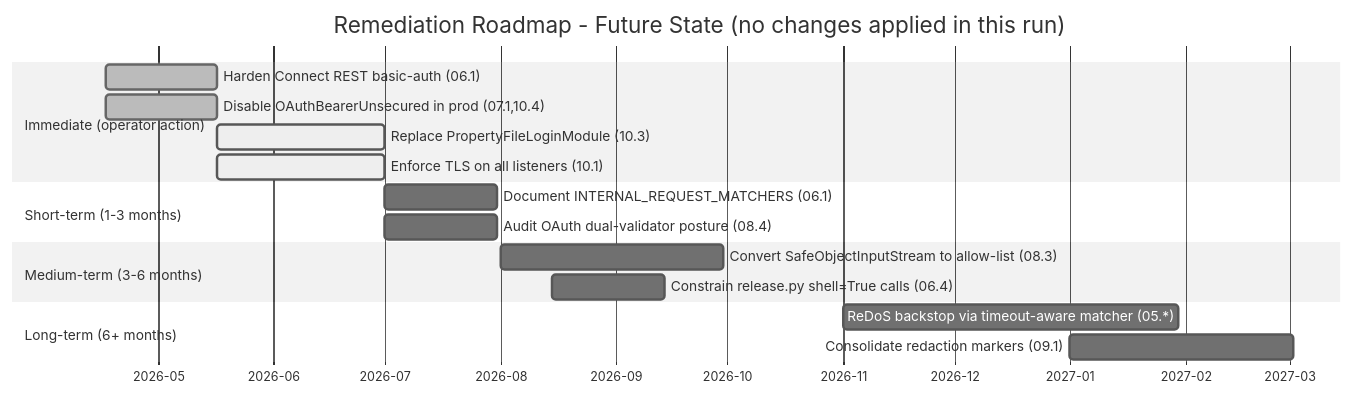
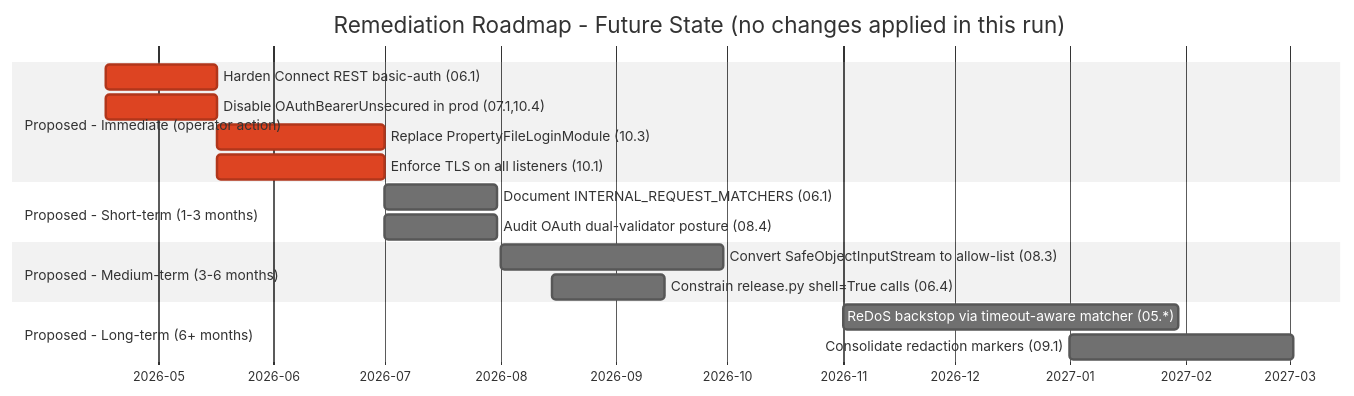
One commit to blitzy-public-samples/blitzy-kafka changed the first of 2 diagrams in docs/security-audit/remediation-roadmap.md. Above: the diagram before and after it, drawn with Mermaid. The commit also changed other lines of this file and 7 other files, not shown here.

````diff
--- a/docs/security-audit/remediation-roadmap.md
+++ b/docs/security-audit/remediation-roadmap.md
@@ -80,21 +80,21 @@
 ```mermaid
 %%{init: {'theme':'neutral'}}%%
 gantt
     title Remediation Roadmap - Future State (no changes applied in this run)
     dateFormat  YYYY-MM-DD
     axisFormat  %Y-%m
-    section Immediate (operator action)
-    Harden Connect REST basic-auth (06.1)            :done,   imm1, 2026-04-17, 30d
-    Disable OAuthBearerUnsecured in prod (07.1,10.4) :done,   imm2, 2026-04-17, 30d
-    Replace PropertyFileLoginModule (10.3)           :active, imm3, after imm1, 45d
-    Enforce TLS on all listeners (10.1)              :active, imm4, after imm2, 45d
-    section Short-term (1-3 months)
-    Document INTERNAL_REQUEST_MATCHERS (06.1)        :        st1,  after imm3, 30d
-    Audit OAuth dual-validator posture (08.4)        :        st2,  after imm4, 30d
-    section Medium-term (3-6 months)
-    Convert SafeObjectInputStream to allow-list (08.3) :      mt1,  2026-08-01, 60d
-    Constrain release.py shell=True calls (06.4)       :      mt2,  2026-08-15, 30d
-    section Long-term (6+ months)
-    ReDoS backstop via timeout-aware matcher (05.*)    :      lt1,  2026-11-01, 90d
-    Consolidate redaction markers (09.1)               :      lt2,  2027-01-01, 60d
+    section Proposed - Immediate (operator action)
+    Harden Connect REST basic-auth (06.1)            :crit, imm1, 2026-04-17, 30d
+    Disable OAuthBearerUnsecured in prod (07.1,10.4) :crit, imm2, 2026-04-17, 30d
+    Replace PropertyFileLoginModule (10.3)           :crit, imm3, after imm1, 45d
+    Enforce TLS on all listeners (10.1)              :crit, imm4, after imm2, 45d
+    section Proposed - Short-term (1-3 months)
+    Document INTERNAL_REQUEST_MATCHERS (06.1)        :       st1,  after imm3, 30d
+    Audit OAuth dual-validator posture (08.4)        :       st2,  after imm4, 30d
+    section Proposed - Medium-term (3-6 months)
+    Convert SafeObjectInputStream to allow-list (08.3) :     mt1,  2026-08-01, 60d
+    Constrain release.py shell=True calls (06.4)       :     mt2,  2026-08-15, 30d
+    section Proposed - Long-term (6+ months)
+    ReDoS backstop via timeout-aware matcher (05.*)    :     lt1,  2026-11-01, 90d
+    Consolidate redaction markers (09.1)               :     lt2,  2027-01-01, 60d
 ```
````
